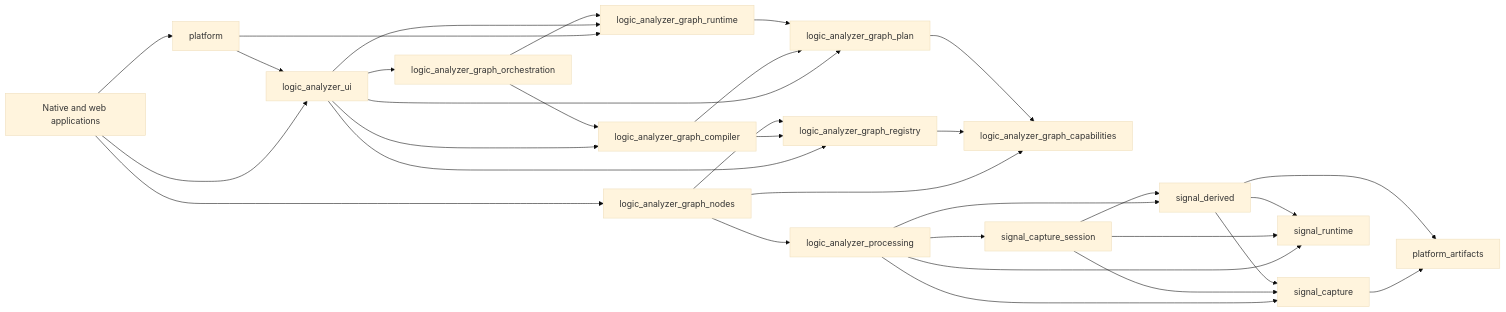
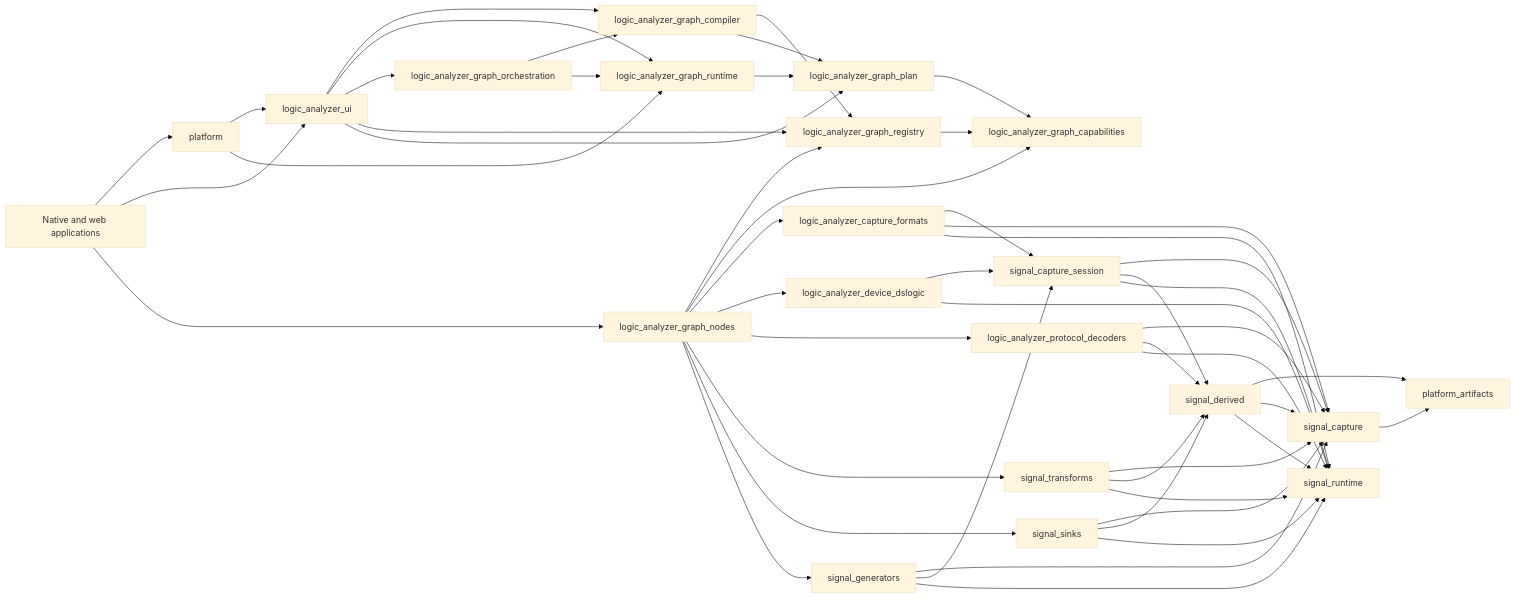
One commit to rcaelers/dsl changed the diagram in docs/architecture/graph_composition.md. Above: the diagram before and after it, drawn with Mermaid (base theme). The commit also changed 248 other files, not shown here.

````diff
--- a/docs/architecture/graph_composition.md
+++ b/docs/architecture/graph_composition.md
@@ -31,38 +31,56 @@
 ```mermaid
 flowchart LR
     Apps[Native and web applications] --> Platform[platform]
     Apps --> UI[logic_analyzer_ui]
     Apps --> Nodes[logic_analyzer_graph_nodes]
     Platform --> UI
     Platform --> Runtime[logic_analyzer_graph_runtime]
 
     UI --> Compiler[logic_analyzer_graph_compiler]
     UI --> Runtime
     UI --> Orchestration[logic_analyzer_graph_orchestration]
     UI --> Registry[logic_analyzer_graph_registry]
     UI --> Plan[logic_analyzer_graph_plan]
 
     Orchestration --> Compiler
     Orchestration --> Runtime
     Compiler --> Registry
     Compiler --> Plan
     Runtime --> Plan
 
     Nodes --> Registry
     Nodes --> Capabilities[logic_analyzer_graph_capabilities]
-    Nodes --> Processing[logic_analyzer_processing]
+    Nodes --> Formats[logic_analyzer_capture_formats]
+    Nodes --> Device[logic_analyzer_device_dslogic]
+    Nodes --> Decoders[logic_analyzer_protocol_decoders]
+    Nodes --> Transforms[signal_transforms]
+    Nodes --> Sinks[signal_sinks]
+    Nodes --> Generators[signal_generators]
     Registry --> Capabilities
     Plan --> Capabilities
 
-    Processing --> Session[signal_capture_session]
-    Processing --> Capture[signal_capture]
-    Processing --> Derived[signal_derived]
-    Processing --> Stream[signal_runtime]
+    Formats --> Session[signal_capture_session]
+    Formats --> Capture[signal_capture]
+    Formats --> Stream[signal_runtime]
+    Device --> Session
+    Device --> Stream
+    Decoders --> Capture
+    Decoders --> Derived[signal_derived]
+    Decoders --> Stream
+    Transforms --> Capture
+    Transforms --> Derived
+    Transforms --> Stream
+    Sinks --> Capture
+    Sinks --> Derived
+    Sinks --> Stream
+    Generators --> Capture
+    Generators --> Session
+    Generators --> Stream
     Session --> Capture
     Session --> Derived
     Session --> Stream
     Capture --> Artifacts[platform_artifacts]
     Derived --> Artifacts
     Derived --> Capture
     Derived --> Stream
 ```
````
